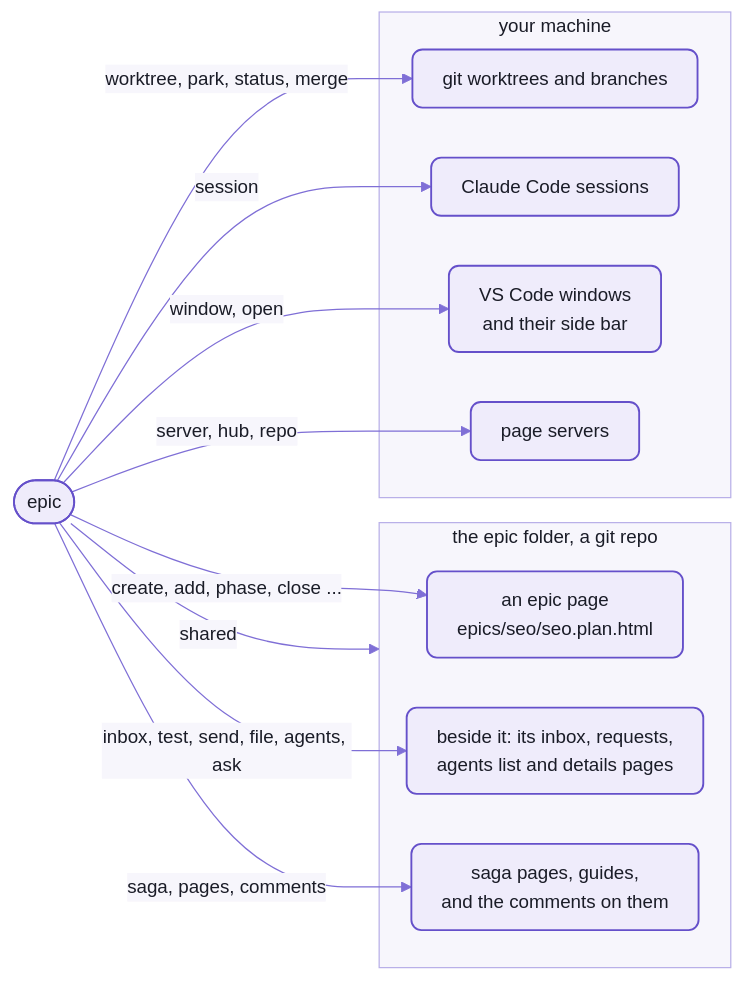
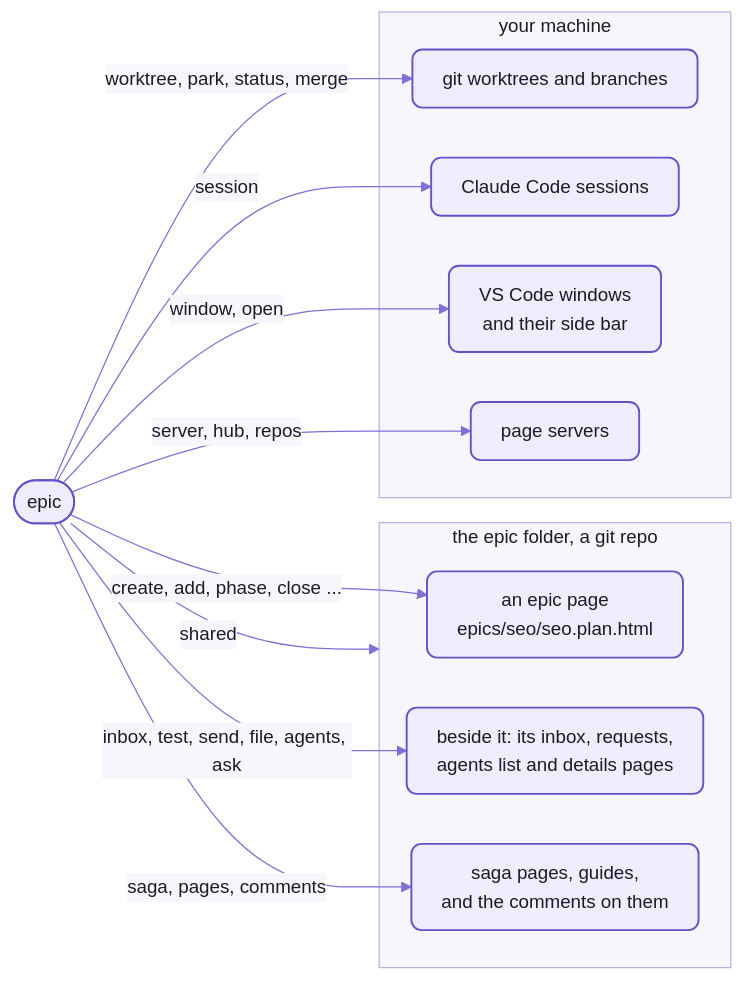
Before and after one commit to spell-app/spell: the second of 2 diagrams in epic/README-cli.md, drawn with Mermaid. The commit also changed other lines of this file and 19 other files, not shown here.

````diff
--- a/epic/README-cli.md
+++ b/epic/README-cli.md
@@ -240,26 +245,26 @@
 ```mermaid
 %%{init: {"theme":"base","themeVariables":{"fontFamily":"-apple-system, BlinkMacSystemFont, Segoe UI, Helvetica, Arial, sans-serif","fontSize":"15px","primaryColor":"#EFECFB","primaryBorderColor":"#6550CA","primaryTextColor":"#1A1C27","secondaryColor":"#F4F1E9","tertiaryColor":"#F7F6FC","lineColor":"#7F6FD6","textColor":"#7F6FD6","clusterBkg":"#F7F6FC","clusterBorder":"#B9B0E8","titleColor":"#1A1C27","edgeLabelBackground":"#F7F6FC","actorBkg":"#EFECFB","actorBorder":"#6550CA","actorTextColor":"#1A1C27","actorLineColor":"#9C90DE","signalColor":"#7F6FD6","signalTextColor":"#7F6FD6","labelBoxBkgColor":"#EFECFB","labelBoxBorderColor":"#6550CA","labelTextColor":"#1A1C27","loopTextColor":"#7F6FD6","noteBkgColor":"#F1E7D4","noteBorderColor":"#C9B48A","noteTextColor":"#1A1C27","activationBkgColor":"#DCD6F7","activationBorderColor":"#6550CA","sequenceNumberColor":"#FFFFFF"},"flowchart":{"curve":"basis","padding":12,"nodeSpacing":40,"rankSpacing":44}}}%%
 flowchart LR
   epic(["epic"])
   subgraph content ["the epic folder, a git repo"]
     page["an epic page<br/>epics/seo/seo.plan.html"]
     beside["beside it:  its inbox, requests,<br/>agents list and details pages"]
     docs["saga pages, guides,<br/>and the comments on them"]
   end
   subgraph machine ["your machine"]
     git["git worktrees and branches"]
     claude["Claude Code sessions"]
     vscode["VS Code windows<br/>and their side bar"]
     servers["page servers"]
   end
   epic -->|"create, add, phase, close ..."| page
   epic -->|"inbox, test, send, file, agents, ask"| beside
   epic -->|"saga, pages, comments"| docs
   epic -->|"shared"| content
   epic -->|"worktree, park, status, merge"| git
   epic -->|"session"| claude
   epic -->|"window, open"| vscode
-  epic -->|"server, hub, repo"| servers
+  epic -->|"server, hub, repos"| servers
   %% the Spell look:  yarn mermaid:pretty
   classDef default fill:#EFECFB,stroke:#6550CA,stroke-width:1.5px,color:#1A1C27,rx:8px,ry:8px
 ```
````
